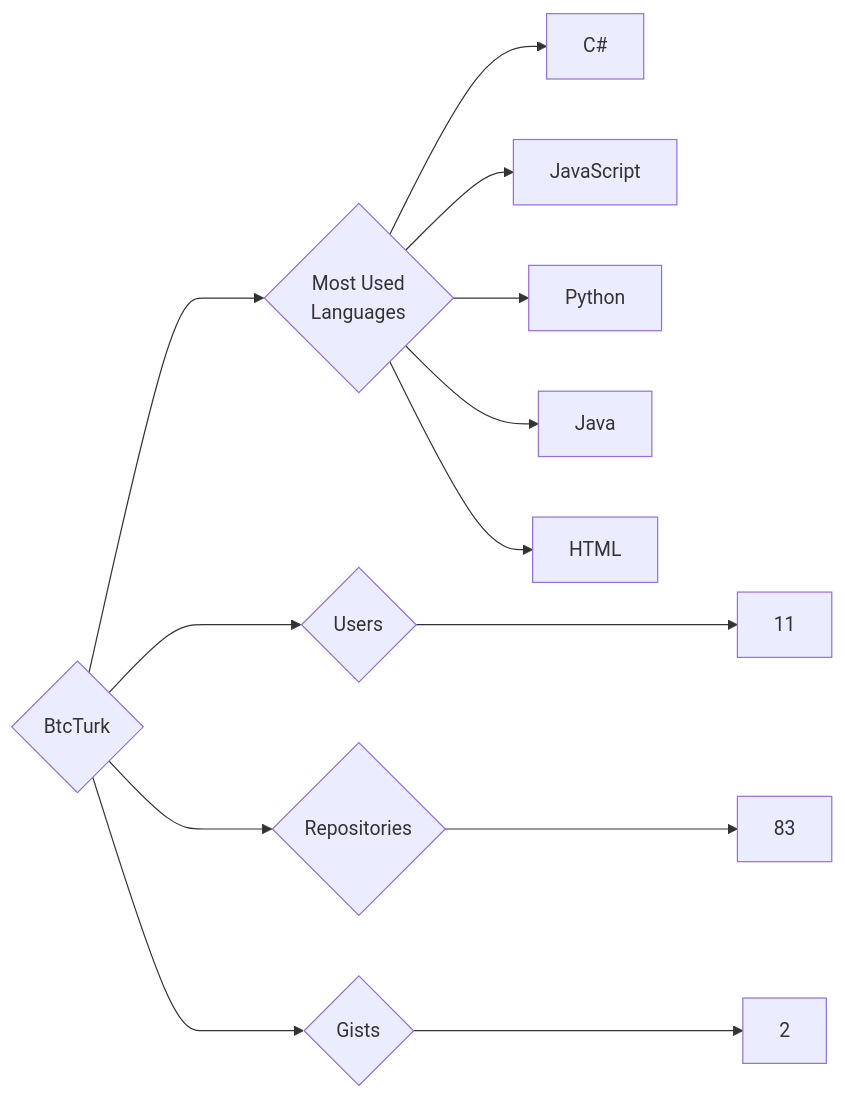
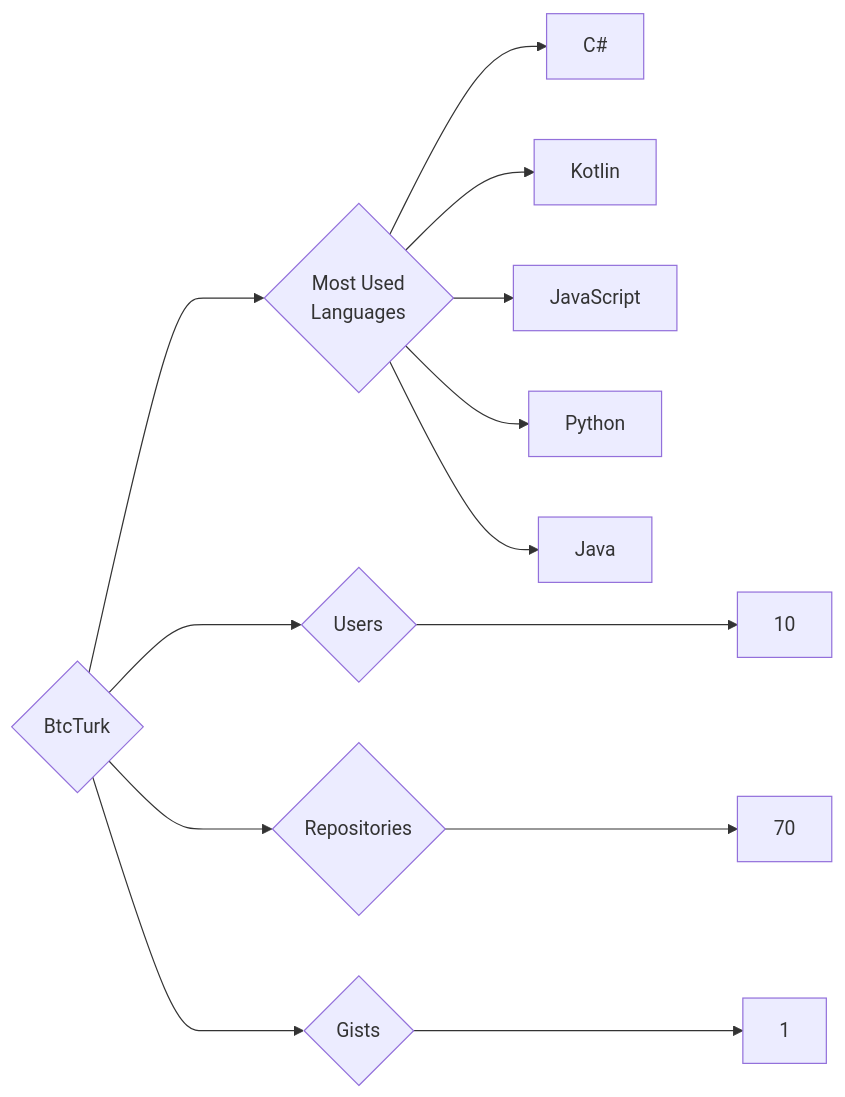
Before and after one commit to trickest/insiders: the diagram in targets/BtcTurk/README.md, drawn with Mermaid. The commit also changed 882 other files, not shown here.

````diff
--- a/targets/BtcTurk/README.md
+++ b/targets/BtcTurk/README.md
@@ -3,13 +3,13 @@
 ```mermaid
 graph LR
 COMPANY_NAME{BtcTurk}
-COMPANY_NAME ---> U{Users} ---> UN[11]
-COMPANY_NAME ---> R{Repositories} ---> RN[83]
-COMPANY_NAME ---> G{Gists} ---> GN[2]
+COMPANY_NAME ---> U{Users} ---> UN[10]
+COMPANY_NAME ---> R{Repositories} ---> RN[70]
+COMPANY_NAME ---> G{Gists} ---> GN[1]
 COMPANY_NAME ---> ML{Most Used<br>Languages}
 ML --> C#[C#]
+ML --> Kotlin[Kotlin]
 ML --> JavaScript[JavaScript]
 ML --> Python[Python]
 ML --> Java[Java]
-ML --> HTML[HTML]
 ```
````
